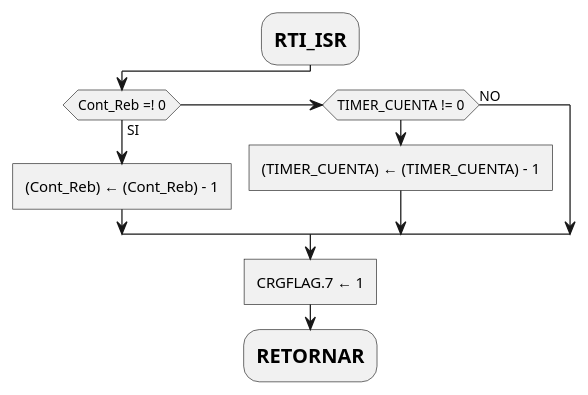
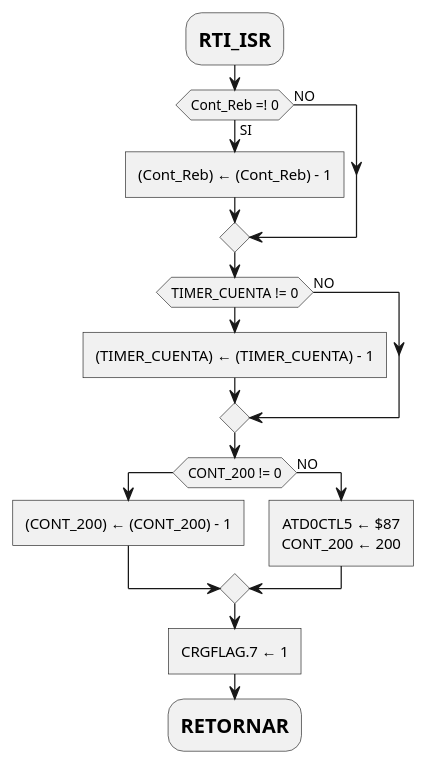
One commit to mlndz28/pr-623 changed the eighth of 22 diagrams in report.md. Above: the diagram before and after it, drawn with PlantUML. The commit also changed other lines of this file and 1 other file, not shown here.

````diff
--- a/report.md
+++ b/report.md
@@ -244,15 +274,22 @@
 ```plantuml
 @startuml
 skinparam monochrome true
 skinparam defaultTextAlignment center
 
 :=RTI_ISR;
 if(Cont_Reb =! 0) is (SI) then
   :(Cont_Reb) ← (Cont_Reb) - 1]
-elseif(TIMER_CUENTA != 0) then
+else (NO)
+endif
+if(TIMER_CUENTA != 0) then
   :(TIMER_CUENTA) ← (TIMER_CUENTA) - 1]
 else (NO)
+endif
+if(CONT_200 != 0) then
+  :(CONT_200) ← (CONT_200) - 1]
+else (NO)
+  :ATD0CTL5 ← $87\nCONT_200 ← 200]
 endif
 :CRGFLAG.7 ← 1]
 :=RETORNAR;
 ```
````
